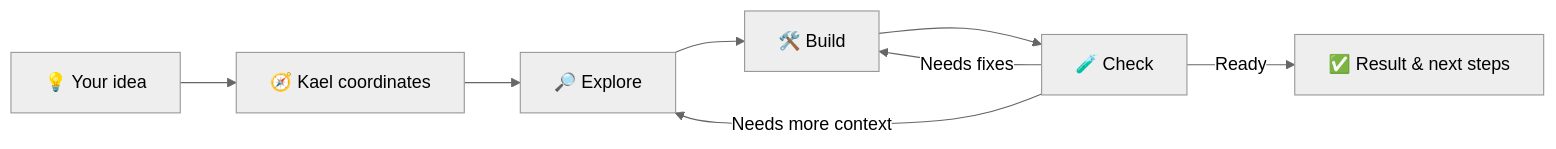
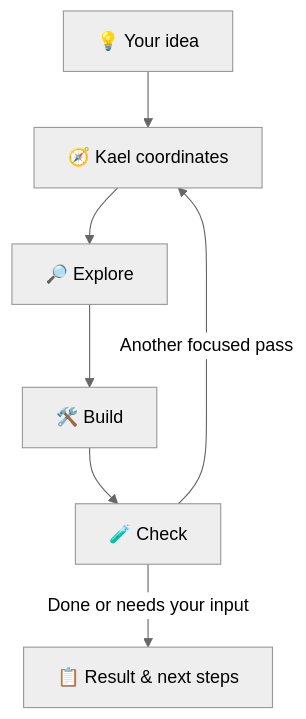
The diagram in README.md (Edulynch/OpenCode-OlympusAgents), drawn with Mermaid (neutral theme) before and after one commit. The commit also changed other lines of this file, not shown here.

Commit message:
docs: make team workflow diagram vertical and simplify footer

````diff
--- a/README.md
+++ b/README.md
@@ -62,11 +62,9 @@
 ```mermaid
-flowchart LR
+flowchart TD
     A["💡 Your idea"] --> B["🧭 Kael coordinates"]
     B --> C["🔎 Explore"]
     C --> D["🛠️ Build"]
     D --> E["🧪 Check"]
-
-    E -->|Needs more context| C
-    E -->|Needs fixes| D
-    E -->|Ready| F["✅ Result & next steps"]
+    E -->|Another focused pass| B
+    E -->|Done or needs your input| F["📋 Result & next steps"]
 ```
````
